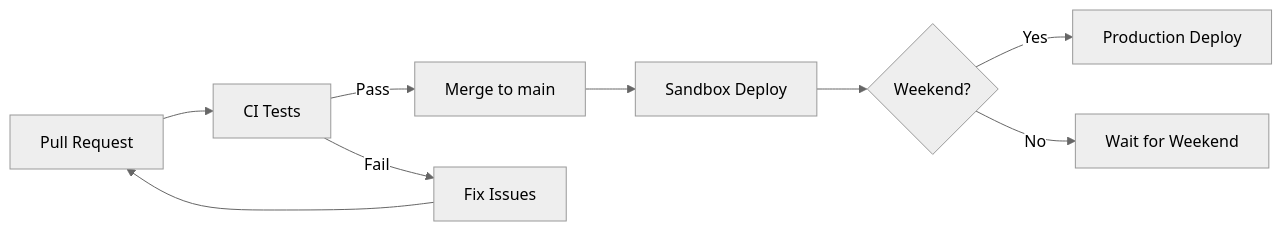
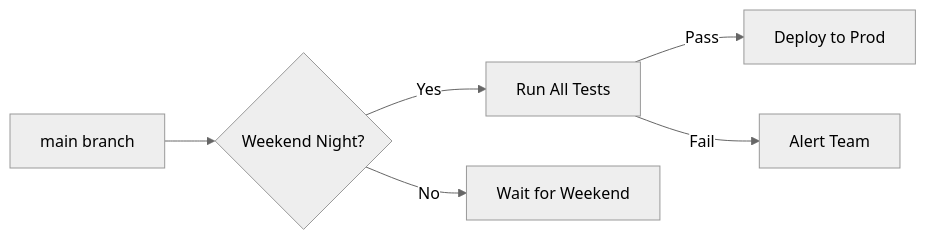
One commit to antedotee/omegaup-docs changed the first of 4 diagrams in docs/operations/deployment.md. Above: the diagram before and after it, drawn with Mermaid (neutral theme). The commit also changed other lines of this file and 46 other files, not shown here.

````diff
--- a/docs/operations/deployment.md
+++ b/docs/operations/deployment.md
@@ -51,11 +24,8 @@
 ```mermaid
 flowchart LR
-    PR[Pull Request] --> CI[CI Tests]
-    CI -->|Pass| Merge[Merge to main]
-    CI -->|Fail| Fix[Fix Issues]
-    Fix --> PR
-    Merge --> Sandbox[Sandbox Deploy]
-    Sandbox --> Weekend{Weekend?}
-    Weekend -->|Yes| Prod[Production Deploy]
-    Weekend -->|No| Wait[Wait for Weekend]
+    Main[main branch] --> Nightly{Weekend Night?}
+    Nightly -->|Yes| Tests[Run All Tests]
+    Tests -->|Pass| Deploy[Deploy to Prod]
+    Tests -->|Fail| Alert[Alert Team]
+    Nightly -->|No| Wait[Wait for Weekend]
 ```
````
